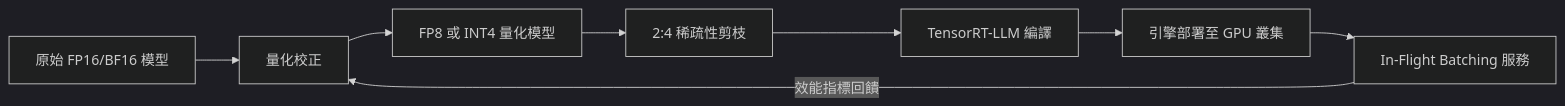
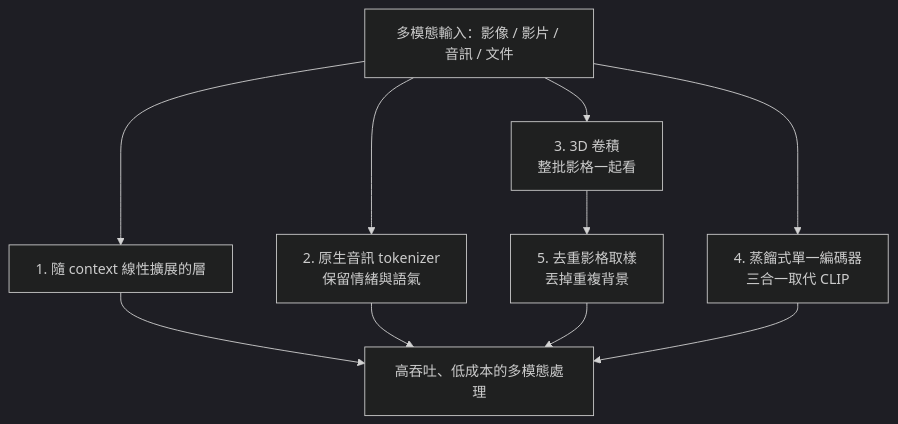
One commit to a920604a/engineernews changed the diagram in src/content/posts/tech/2026-05-16-nvidia-new-ai-is-an-efficiency-monster.md. Above: the diagram before and after it, drawn with Mermaid (dark theme). The commit also changed other lines of this file and 468 other files, not shown here.

````diff
--- a/src/content/posts/tech/2026-05-16-nvidia-new-ai-is-an-efficiency-monster.md
+++ b/src/content/posts/tech/2026-05-16-nvidia-new-ai-is-an-efficiency-monster.md
@@ -56,10 +37,12 @@
 ```mermaid
-graph LR
-    A[原始 FP16/BF16 模型] --> B[量化校正]
-    B --> C[FP8 或 INT4 量化模型]
-    C --> D[2:4 稀疏性剪枝]
-    D --> E[TensorRT-LLM 編譯]
-    E --> F[引擎部署至 GPU 叢集]
-    F --> G[In-Flight Batching 服務]
-    G -->|效能指標回饋| B
+graph TD
+    A[多模態輸入：影像 / 影片 / 音訊 / 文件] --> B[1. 隨 context 線性擴展的層]
+    A --> C[2. 原生音訊 tokenizer<br/>保留情緒與語氣]
+    A --> D[3. 3D 卷積<br/>整批影格一起看]
+    D --> E[5. 去重影格取樣<br/>丟掉重複背景]
+    A --> F[4. 蒸餾式單一編碼器<br/>三合一取代 CLIP]
+    B --> G[高吞吐、低成本的多模態處理]
+    C --> G
+    E --> G
+    F --> G
 ```
````
